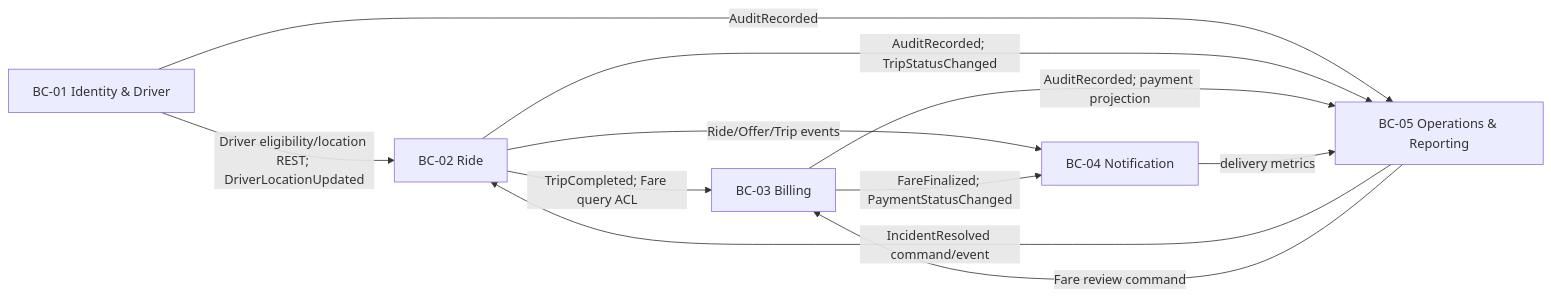
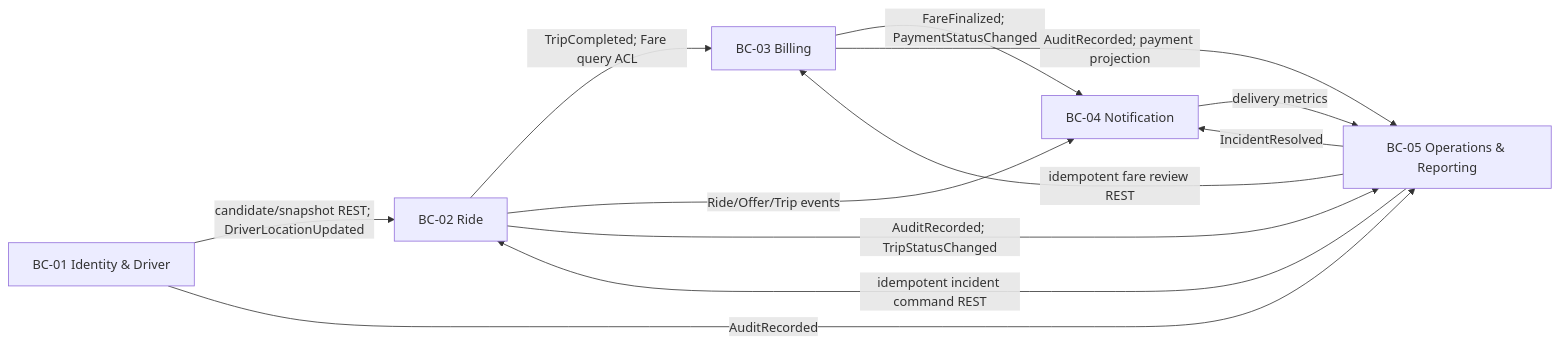
The first of 13 diagrams in microservice.md (HHT777/23659411_HuynhHuuTuan_CABsystem), drawn with Mermaid before and after one commit. The commit also changed other lines of this file and 1 other file, not shown here.

````diff
--- a/microservice.md
+++ b/microservice.md
@@ -27,19 +27,20 @@
 ```mermaid
 flowchart LR
   ID[BC-01 Identity & Driver]
   R[BC-02 Ride]
   B[BC-03 Billing]
   N[BC-04 Notification]
   O[BC-05 Operations & Reporting]
 
-  ID -->|Driver eligibility/location REST; DriverLocationUpdated| R
+  ID -->|candidate/snapshot REST; DriverLocationUpdated| R
   R -->|TripCompleted; Fare query ACL| B
   R -->|Ride/Offer/Trip events| N
   B -->|FareFinalized; PaymentStatusChanged| N
   ID -->|AuditRecorded| O
   R -->|AuditRecorded; TripStatusChanged| O
   B -->|AuditRecorded; payment projection| O
   N -->|delivery metrics| O
-  O -->|IncidentResolved command/event| R
-  O -->|Fare review command| B
+  O -->|idempotent incident command REST| R
+  O -->|idempotent fare review REST| B
+  O -->|IncidentResolved| N
 ```
````
